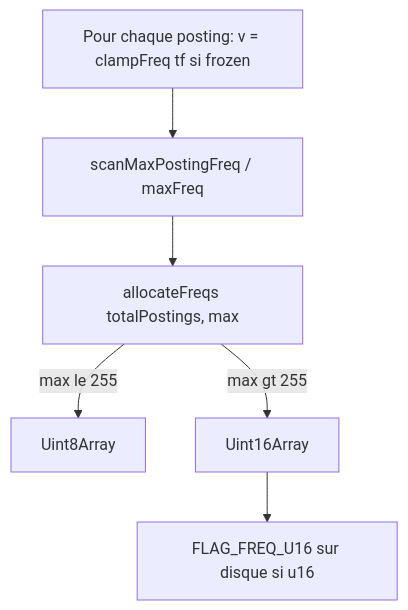
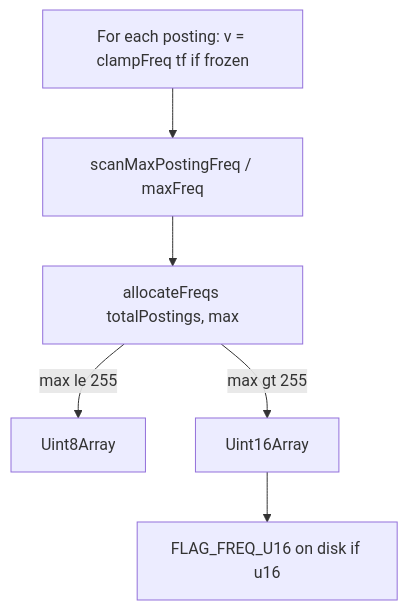
Before and after one commit to yoch/frozenminisearch: the diagram in dev/docs/FREQ_ADAPTIVE_RECAP.md, drawn with Mermaid. The commit also changed other lines of this file and 10 other files, not shown here.

````diff
--- a/dev/docs/FREQ_ADAPTIVE_RECAP.md
+++ b/dev/docs/FREQ_ADAPTIVE_RECAP.md
@@ -49,12 +49,12 @@
 ```mermaid
 flowchart TD
-  emit["Pour chaque posting: v = clampFreq tf si frozen"]
+  emit["For each posting: v = clampFreq tf if frozen"]
   scan["scanMaxPostingFreq / maxFreq"]
   alloc["allocateFreqs totalPostings, max"]
   u8["Uint8Array"]
   u16["Uint16Array"]
-  wire["FLAG_FREQ_U16 sur disque si u16"]
+  wire["FLAG_FREQ_U16 on disk if u16"]
   emit --> scan --> alloc
   alloc -->|max le 255| u8
   alloc -->|max gt 255| u16 --> wire
 ```
````
